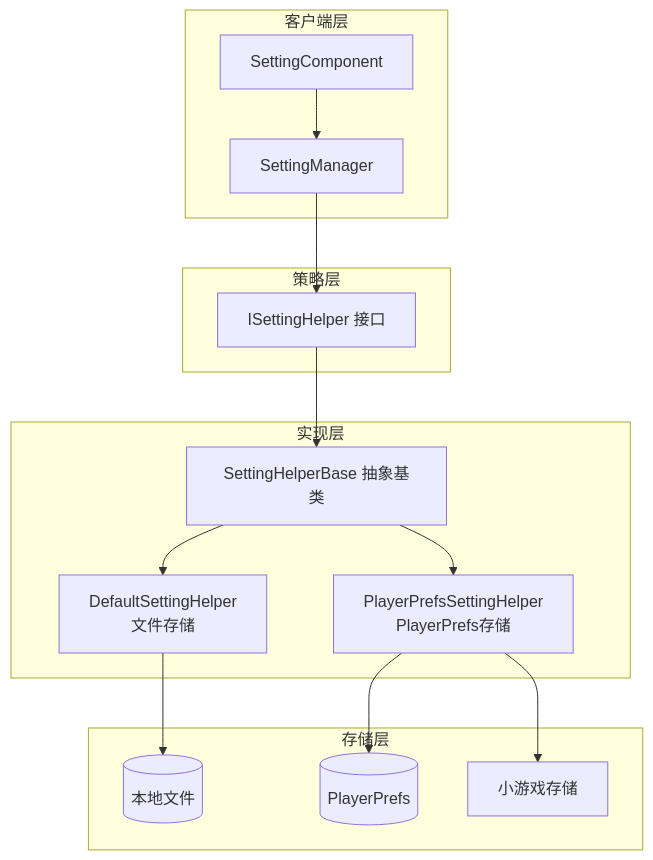
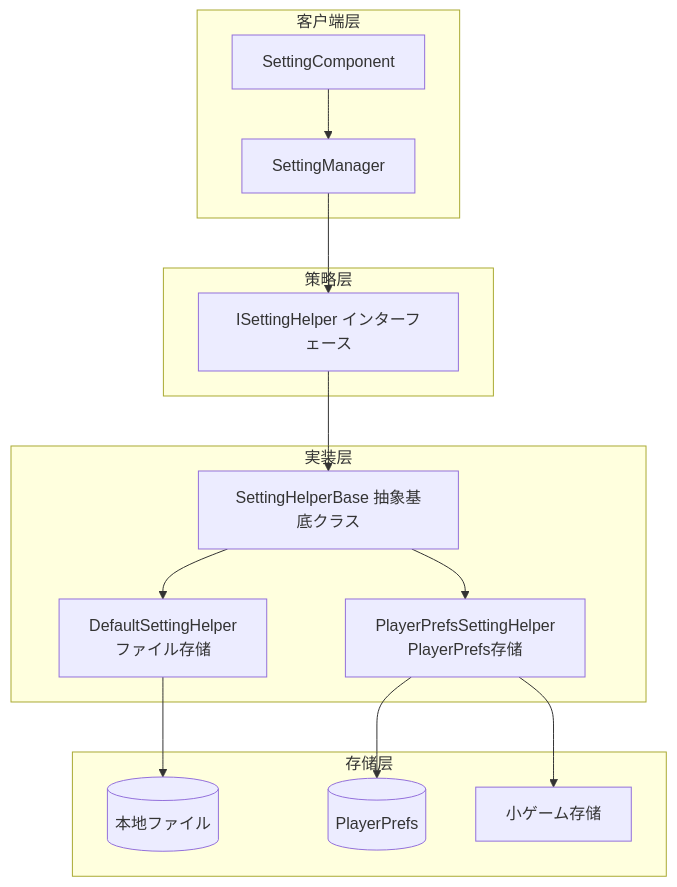
The diagram in docs/ja/client/unity/component/setting/05.helper-implementation.md (AlianBlank/GameFrameX.Docs), drawn with Mermaid before and after one commit. The commit also changed other lines of this file and 603 other files, not shown here.

````diff
--- a/docs/ja/client/unity/component/setting/05.helper-implementation.md
+++ b/docs/ja/client/unity/component/setting/05.helper-implementation.md
@@ -11,32 +11,32 @@
 ```mermaid
 flowchart TD
     subgraph Client["客户端层"]
         SC[SettingComponent]
         SM[SettingManager]
     end
 
     subgraph Strategy["策略层"]
-        ISH[ISettingHelper 接口]
+        ISH[ISettingHelper インターフェース]
     end
 
-    subgraph Implementation["实现层"]
-        SHB[SettingHelperBase 抽象基类]
-        DSH[DefaultSettingHelper<br/>文件存储]
+    subgraph Implementation["実装层"]
+        SHB[SettingHelperBase 抽象基底クラス]
+        DSH[DefaultSettingHelper<br/>ファイル存储]
         PPSH[PlayerPrefsSettingHelper<br/>PlayerPrefs存储]
     end
 
     subgraph Storage["存储层"]
-        FS[(本地文件)]
+        FS[(本地ファイル)]
         PP[(PlayerPrefs)]
-        MiniGame[小游戏存储]
+        MiniGame[小ゲーム存储]
     end
 
     SC --> SM
     SM --> ISH
     ISH --> SHB
     SHB --> DSH
     SHB --> PPSH
     DSH --> FS
     PPSH --> PP
     PPSH --> MiniGame
 ```
````
